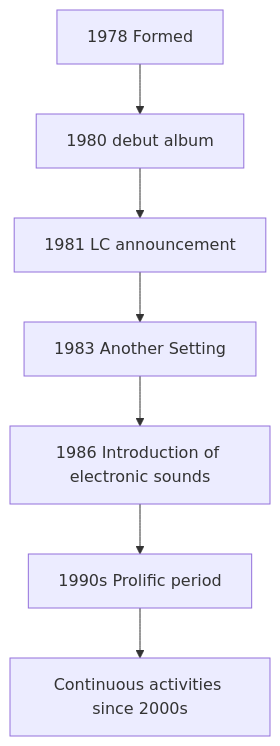
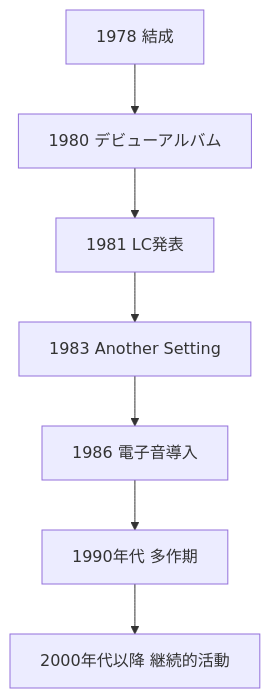
One commit to monumental-movement/monumental-movement.github.io changed the fourth of 4 diagrams in en/_posts/2026-05-07-column-the-durutti-column.md. Above: the diagram before and after it, drawn with Mermaid. The commit also changed other lines of this file and 2196 other files, not shown here.

```diff
--- a/en/_posts/2026-05-07-column-the-durutti-column.md
+++ b/en/_posts/2026-05-07-column-the-durutti-column.md
@@ -245,9 +244,9 @@
 <div class="mermaid">
 graph TD
-A[1978 Formed] --> B[1980 debut album]
-B --> C[1981 LC announcement]
+A[1978 結成] --> B[1980 デビューアルバム]
+B --> C[1981 LC発表]
 C --> D[1983 Another Setting]
-D --> E[1986 Introduction of electronic sounds]
-E --> F[1990s Prolific period]
-F --> G[Continuous activities since 2000s]
+D --> E[1986 電子音導入]
+E --> F[1990年代 多作期]
+F --> G[2000年代以降 継続的活動]
 </div>
```
